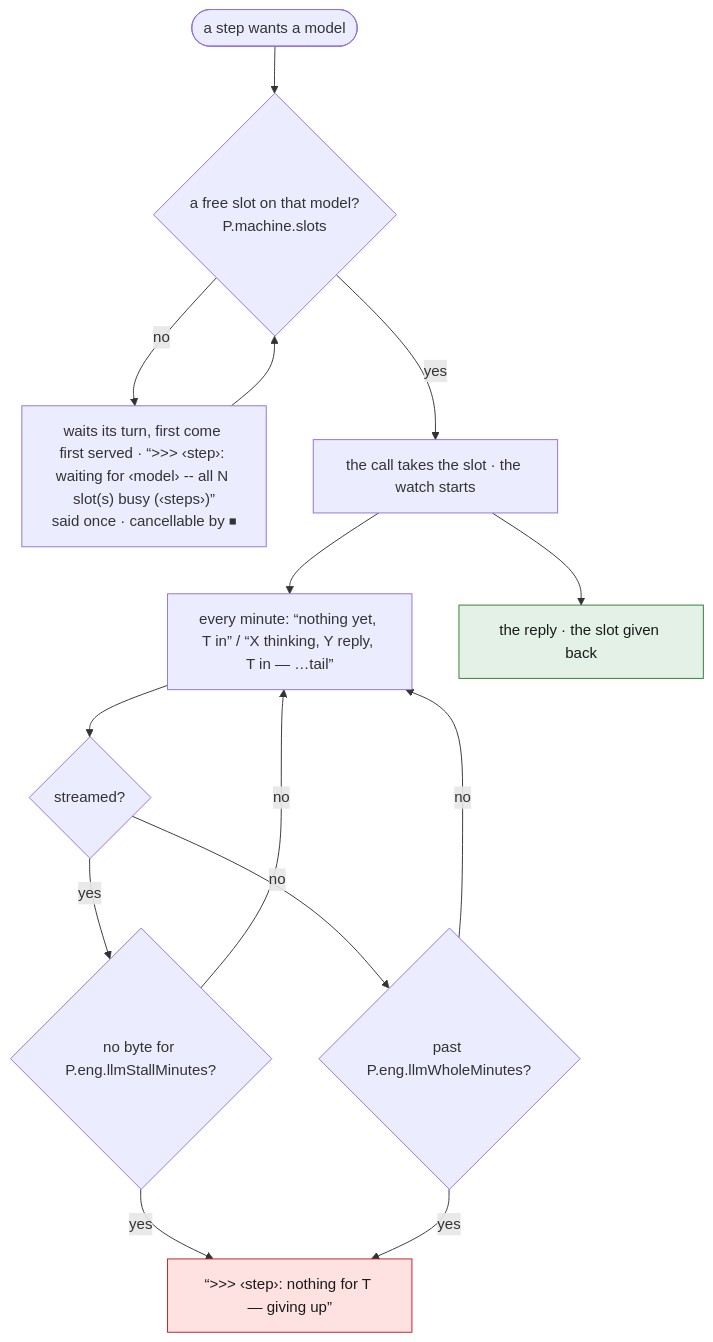
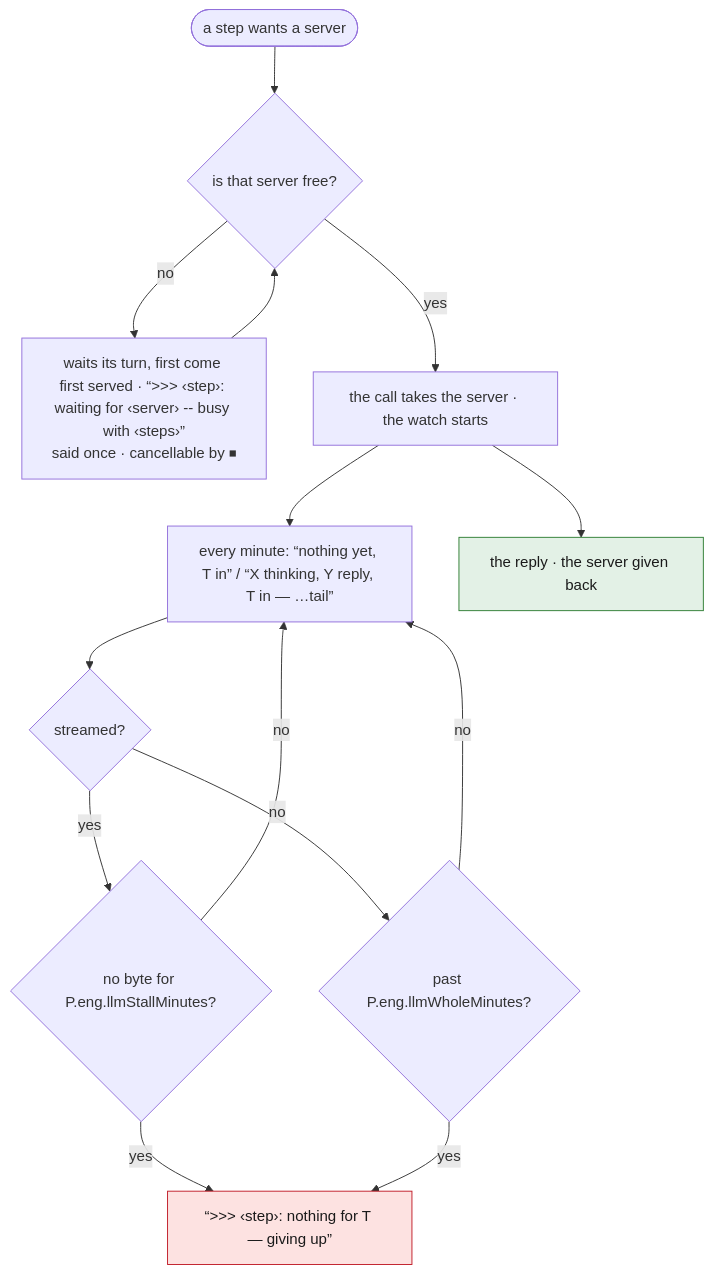
One commit to tbocek/naivepost changed the third of 3 diagrams in spec/09-llm-and-tools.md. Above: the diagram before and after it, drawn with Mermaid. The commit also changed other lines of this file and 537 other files, not shown here.

````diff
--- a/spec/09-llm-and-tools.md
+++ b/spec/09-llm-and-tools.md
@@ -67,19 +67,19 @@
 ```mermaid
 flowchart TD
-  S(["a step wants a model"]) --> G{"a free slot on that model?<br/>P.machine.slots"}
-  G -- no --> WAIT["waits its turn, first come first served · “>>> ‹step›: waiting for ‹model› -- all N slot(s) busy (‹steps›)”<br/>said once · cancellable by ⏹"]
+  S(["a step wants a server"]) --> G{"is that server free?"}
+  G -- no --> WAIT["waits its turn, first come first served · “>>> ‹step›: waiting for ‹server› -- busy with ‹steps›”<br/>said once · cancellable by ⏹"]
   WAIT --> G
-  G -- yes --> CALL["the call takes the slot · the watch starts"]
+  G -- yes --> CALL["the call takes the server · the watch starts"]
   CALL --> HB["every minute: “nothing yet, T in” / “X thinking, Y reply, T in — …tail”"]
   HB --> ST{"streamed?"}
   ST -- yes --> Q{"no byte for P.eng.llmStallMinutes?"}
   Q -- yes --> GIVE["“>>> ‹step›: nothing for T — giving up”"]:::refuse
   Q -- no --> HB
   ST -- no --> CEIL{"past P.eng.llmWholeMinutes?"}
   CEIL -- yes --> GIVE
   CEIL -- no --> HB
-  CALL --> DONE["the reply · the slot given back"]:::done
+  CALL --> DONE["the reply · the server given back"]:::done
   classDef refuse fill:#fde2e1,stroke:#c01c28,color:#1a1a1a
   classDef done fill:#e3f1e6,stroke:#2e7d32,color:#1a1a1a
   classDef ask fill:#e8eefc,stroke:#3a63c8,color:#1a1a1a
 ```
````
